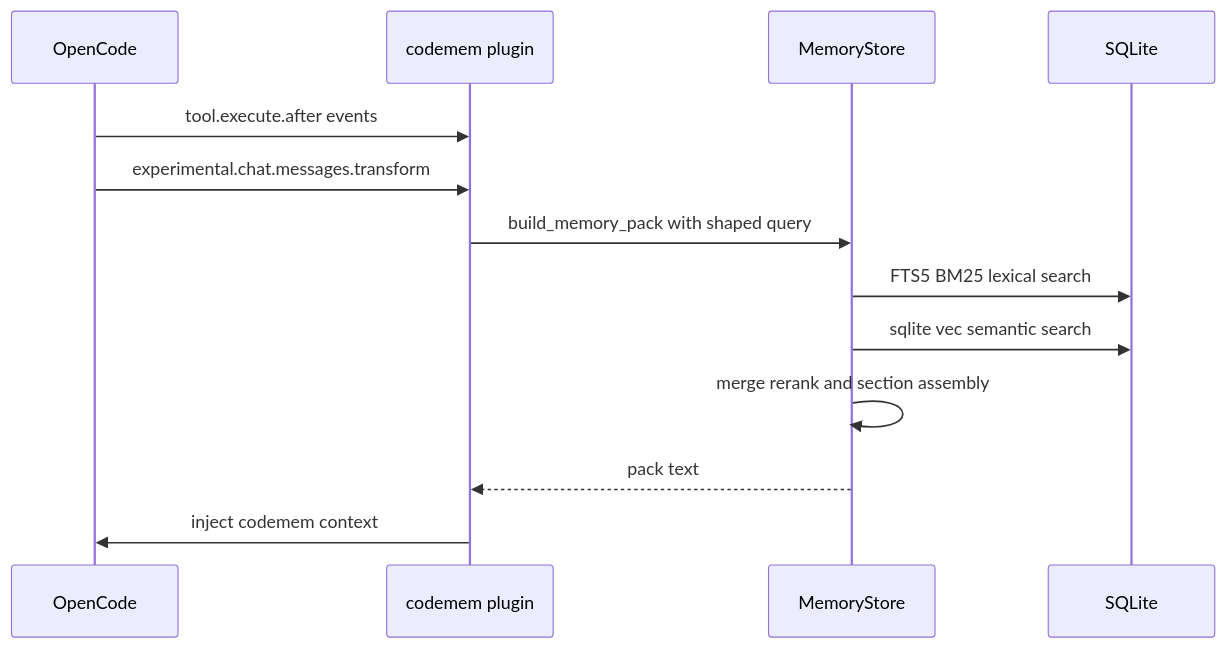
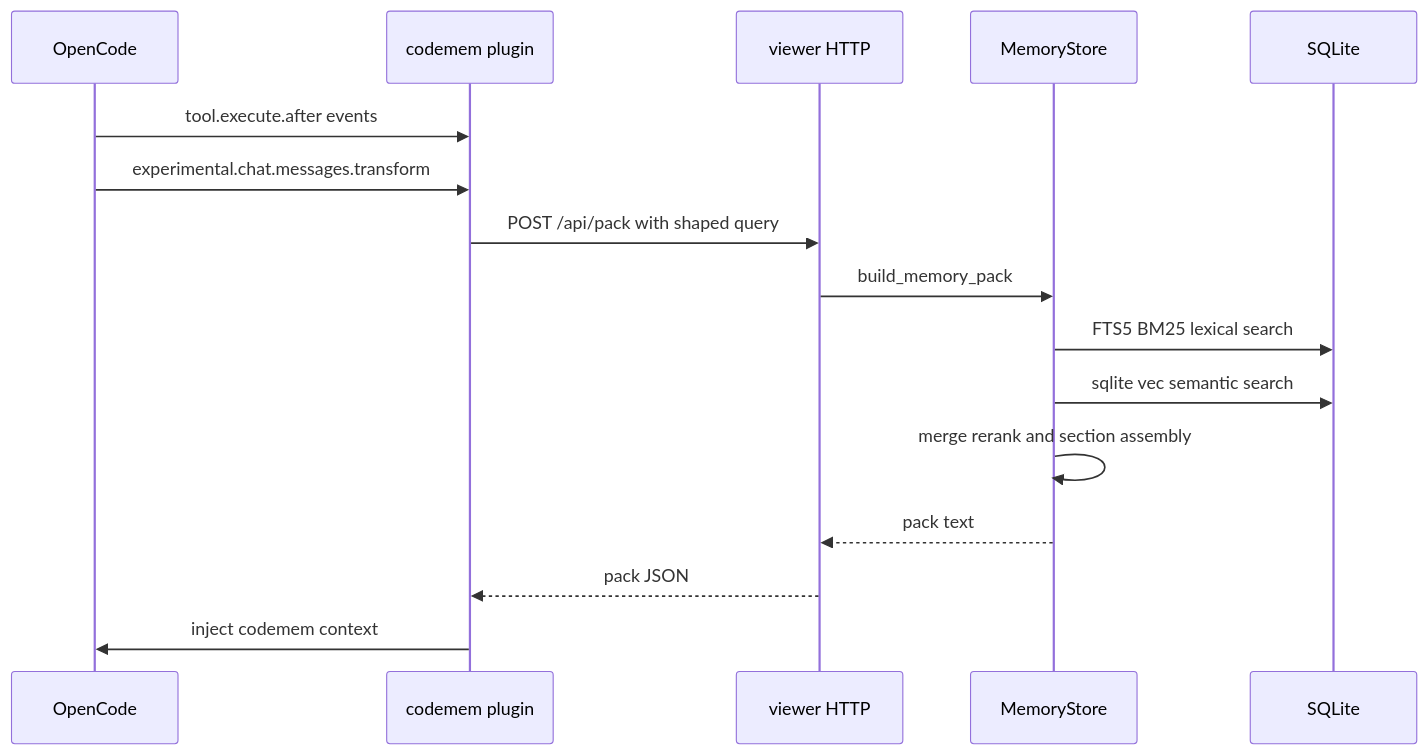
Before and after one commit to ZeR020/codemem: the diagram in README.md, drawn with Mermaid. The commit also changed other lines of this file and 9 other files, not shown here.

````diff
--- a/README.md
+++ b/README.md
@@ -110,16 +110,19 @@
 ```mermaid
 sequenceDiagram
 participant OC as OpenCode
 participant PL as codemem plugin
+participant VW as viewer HTTP
 participant ST as MemoryStore
 participant DB as SQLite
 
 OC->>PL: tool.execute.after events
 OC->>PL: experimental.chat.messages.transform
-PL->>ST: build_memory_pack with shaped query
+PL->>VW: POST /api/pack with shaped query
+VW->>ST: build_memory_pack
 ST->>DB: FTS5 BM25 lexical search
 ST->>DB: sqlite vec semantic search
 ST->>ST: merge rerank and section assembly
-ST-->>PL: pack text
+ST-->>VW: pack text
+VW-->>PL: pack JSON
 PL->>OC: inject codemem context
 ```
````
